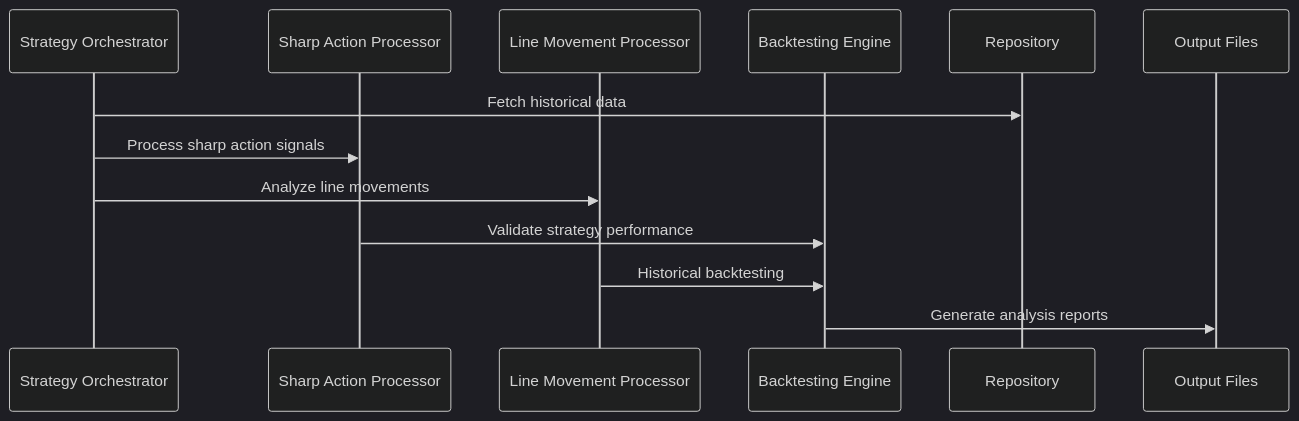
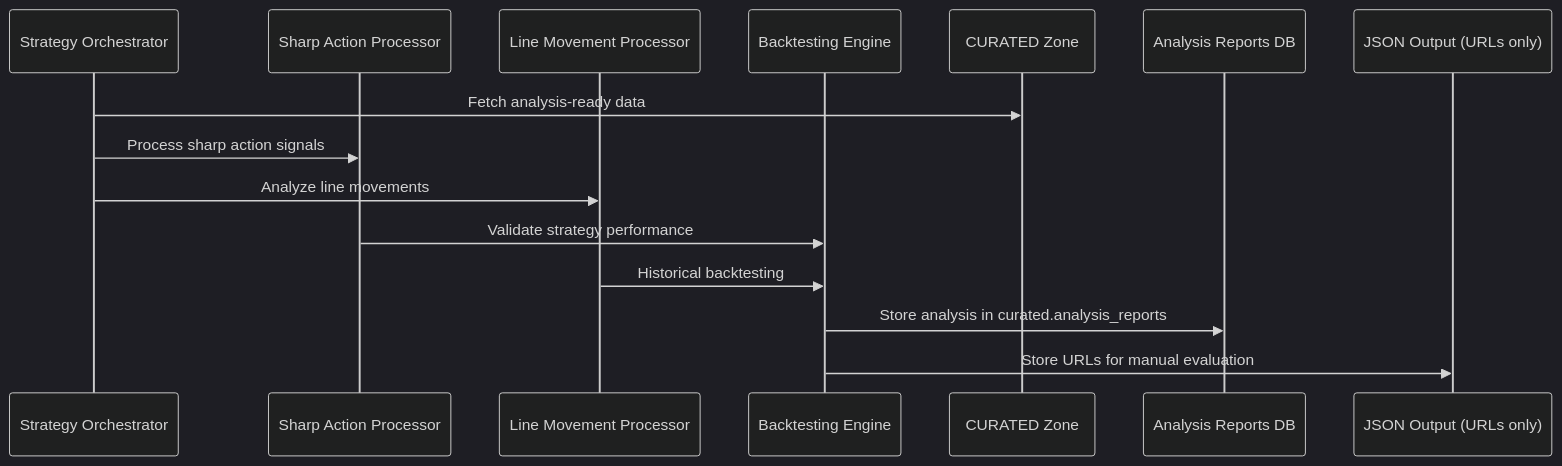
The third of 3 diagrams in docs/SYSTEM_ARCHITECTURE_DIAGRAM.md (samlafell/mlb_betting), drawn with Mermaid (dark theme) before and after one commit. The commit also changed other lines of this file and 6 other files, not shown here.

````diff
--- a/docs/SYSTEM_ARCHITECTURE_DIAGRAM.md
+++ b/docs/SYSTEM_ARCHITECTURE_DIAGRAM.md
@@ -321,16 +344,18 @@
 ```mermaid
 sequenceDiagram
     participant SO as Strategy Orchestrator
     participant SAP as Sharp Action Processor
     participant LMP as Line Movement Processor
     participant BE as Backtesting Engine
-    participant REPO as Repository
-    participant OUTPUT as Output Files
+    participant CURATED as CURATED Zone
+    participant DB_ANALYSIS as Analysis Reports DB
+    participant OUTPUT as JSON Output (URLs only)
     
-    SO->>REPO: Fetch historical data
+    SO->>CURATED: Fetch analysis-ready data
     SO->>SAP: Process sharp action signals
     SO->>LMP: Analyze line movements
     SAP->>BE: Validate strategy performance
     LMP->>BE: Historical backtesting
-    BE->>OUTPUT: Generate analysis reports
+    BE->>DB_ANALYSIS: Store analysis in curated.analysis_reports
+    BE->>OUTPUT: Store URLs for manual evaluation
 ```
````
